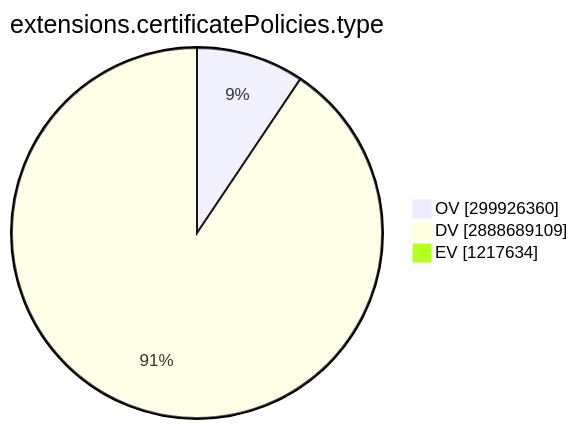
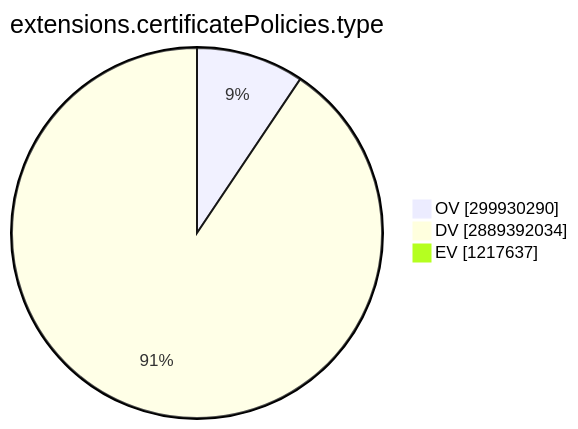
Before and after one commit to christiankrug/ctmonitor_visualization: the ninth of 15 diagrams in TOTAL/README.md, drawn with Mermaid. The commit also changed other lines of this file, not shown here.

````diff
--- a/TOTAL/README.md
+++ b/TOTAL/README.md
@@ -3101,7 +3101,7 @@
 ```mermaid
 pie showData
 title extensions.certificatePolicies.type
-"OV" :299926360
-"DV" :2888689109
-"EV" :1217634
+"OV" :299930290
+"DV" :2889392034
+"EV" :1217637
 ```
````
